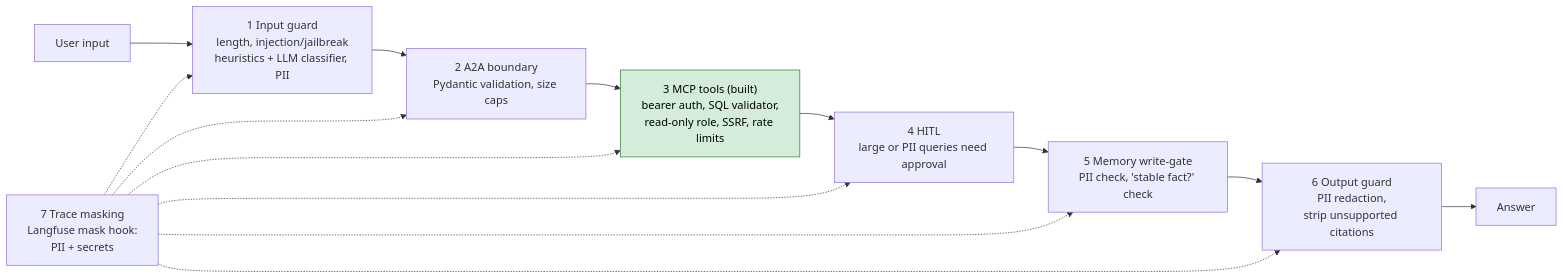
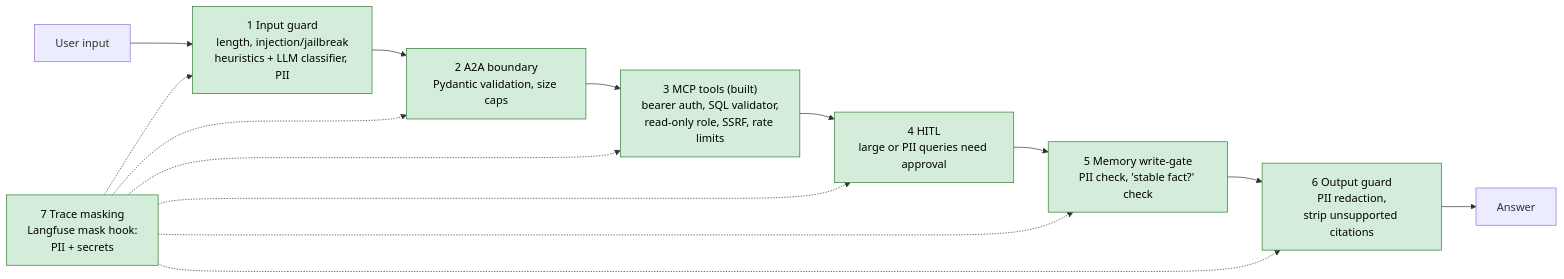
Before and after one commit to SwatantraJain-02/multi_conversational_agentic_system: diagram 17 of 21 in docs/architecture/hld_lld.md, drawn with Mermaid. The commit also changed other lines of this file, not shown here.

First line of the commit message:
Update the architecture document to match what is built

````diff
--- a/docs/architecture/hld_lld.md
+++ b/docs/architecture/hld_lld.md
@@ -516,14 +533,14 @@
 ```mermaid
 flowchart LR
     in["User input"] --> g1["1 Input guard<br/>length, injection/jailbreak<br/>heuristics + LLM classifier, PII"]
     g1 --> g2["2 A2A boundary<br/>Pydantic validation, size caps"]
     g2 --> g3["3 MCP tools (built)<br/>bearer auth, SQL validator,<br/>read-only role, SSRF, rate limits"]
     g3 --> g4["4 HITL<br/>large or PII queries need approval"]
     g4 --> g5["5 Memory write-gate<br/>PII check, 'stable fact?' check"]
     g5 --> g6["6 Output guard<br/>PII redaction,<br/>strip unsupported citations"]
     g6 --> out["Answer"]
     g7["7 Trace masking<br/>Langfuse mask hook:<br/>PII + secrets"] -.-> g1 & g2 & g3 & g4 & g5 & g6
 
     classDef built fill:#d4edda,stroke:#2e7d32,color:#000
-    class g3 built
+    class g1,g2,g3,g4,g5,g6,g7 built
 ```
````
